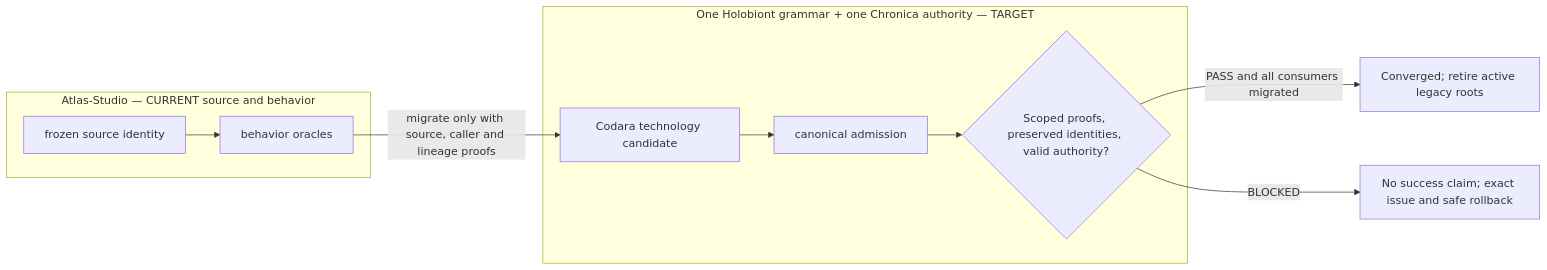
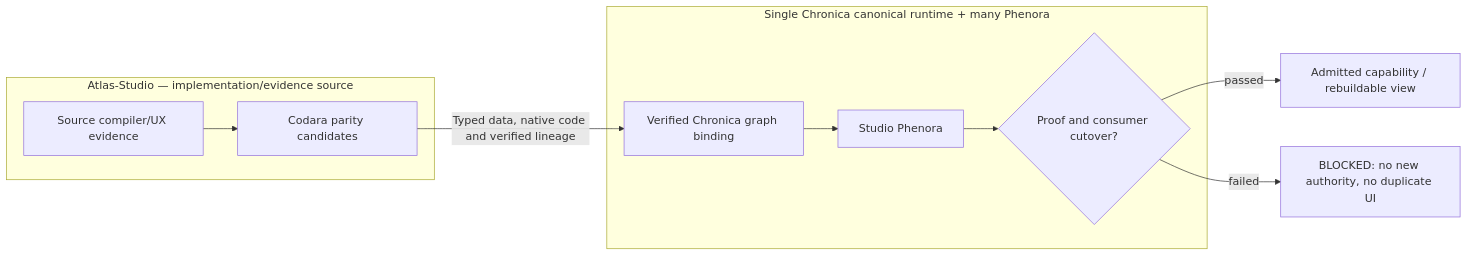
Before and after one commit to llgtrn/Atlas-Studio: the diagram in README.md, drawn with Mermaid. The commit also changed other lines of this file, not shown here.

Commit message:
docs: replace generic bio overlays with canonical Latin concept nomenclature and many Phenora

````diff
--- a/README.md
+++ b/README.md
@@ -25,18 +13,13 @@
 ```mermaid
 flowchart LR
-    subgraph LOCAL["Atlas-Studio — CURRENT source and behavior"]
-        A["frozen source identity"]
-        B["behavior oracles"]
-        A --> B
+    subgraph SOURCE["Atlas-Studio — implementation/evidence source"]
+      A["Source compiler/UX evidence"] --> B["Codara parity candidates"]
     end
-    subgraph TARGET["One Holobiont grammar + one Chronica authority — TARGET"]
-        C["Codara technology candidate"]
-        D["canonical admission"]
-        C --> D
-        V{"Scoped proofs, preserved identities, valid authority?"}
-        D --> V
+    subgraph CANON["Single Chronica canonical runtime + many Phenora"]
+      C["Verified Chronica graph binding"] --> D["Studio Phenora"]
+      D --> V{"Proof and consumer cutover?"}
     end
-    B -->|"migrate only with source, caller and lineage proofs"| C
-    V -->|"PASS and all consumers migrated"| OK["Converged; retire active legacy roots"]
-    V -->|"BLOCKED"| FAIL["No success claim; exact issue and safe rollback"]
+    B -->|"Typed data, native code and verified lineage"| C
+    V -->|"passed"| OK["Admitted capability / rebuildable view"]
+    V -->|"failed"| NO["BLOCKED: no new authority, no duplicate UI"]
 ```
````
